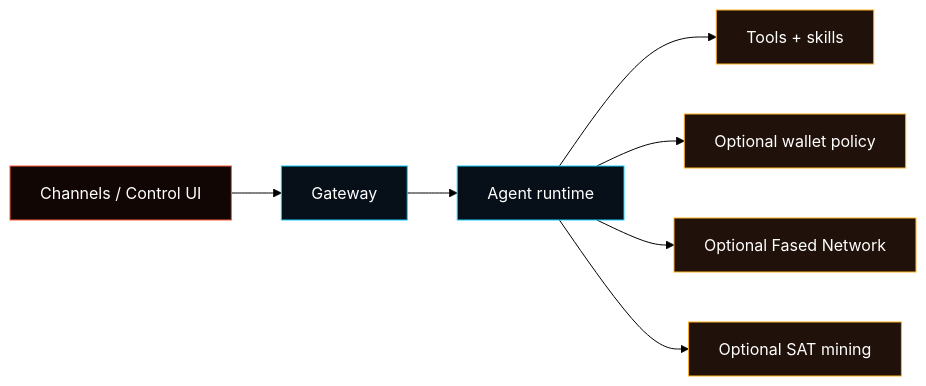
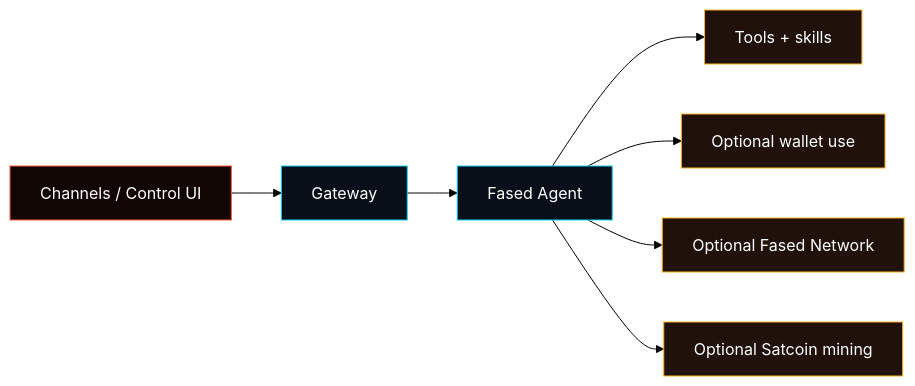
Before and after one commit to fased-ai/fased: the diagram in docs/index.md, drawn with Mermaid (forest theme). The commit also changed other lines of this file and 26 other files, not shown here.

````diff
--- a/docs/index.md
+++ b/docs/index.md
@@ -66,16 +67,16 @@
 ```mermaid
 flowchart LR
   entry["Channels / Control UI"] --> gateway["Gateway"]
-  gateway --> runtime["Agent runtime"]
-  runtime --> tools["Tools + skills"]
-  runtime --> wallets["Optional wallet policy"]
-  runtime --> network["Optional Fased Network"]
-  runtime --> mining["Optional SAT mining"]
+  gateway --> agent["Fased Agent"]
+  agent --> tools["Tools + skills"]
+  agent --> wallets["Optional wallet use"]
+  agent --> network["Optional Fased Network"]
+  agent --> mining["Optional Satcoin mining"]
 
   classDef entry fill:#120605,stroke:#ff5a36,color:#ffffff;
   classDef core fill:#071018,stroke:#12cfff,color:#ffffff;
   classDef operator fill:#20120a,stroke:#ffb020,color:#ffffff;
   class entry entry;
-  class gateway,runtime core;
+  class gateway,agent core;
   class tools,wallets,network,mining operator;
 ```
````
